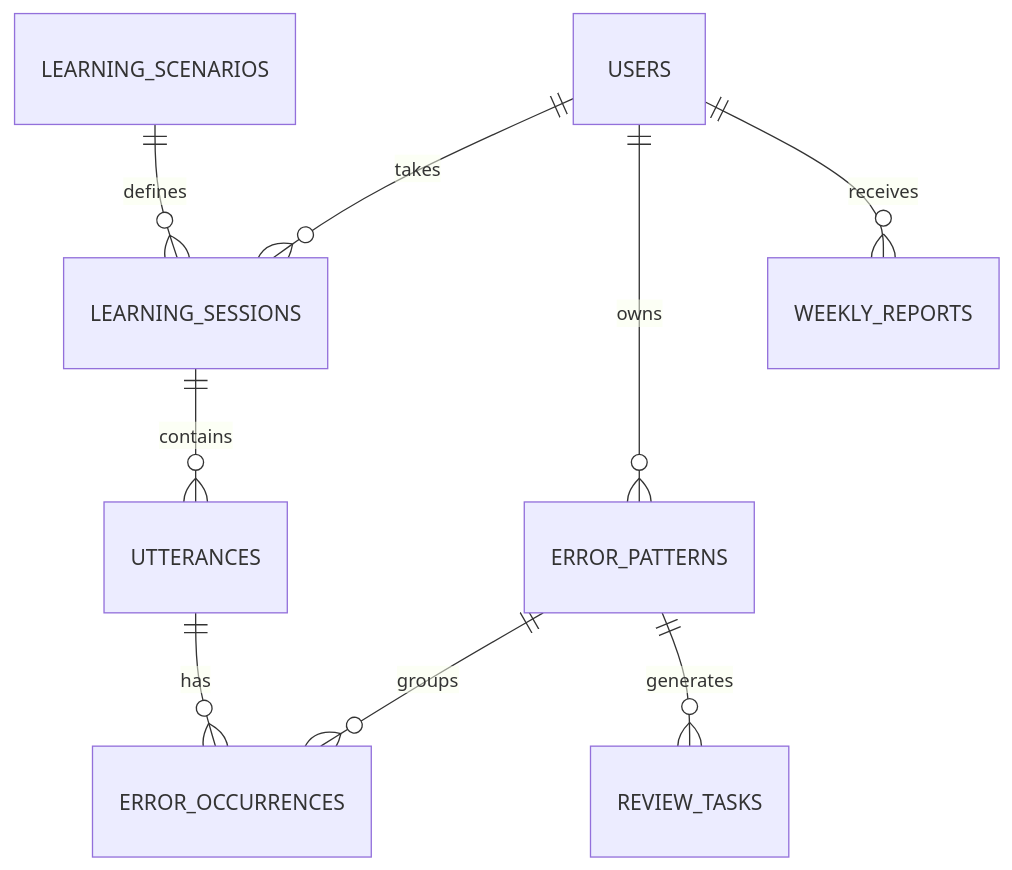
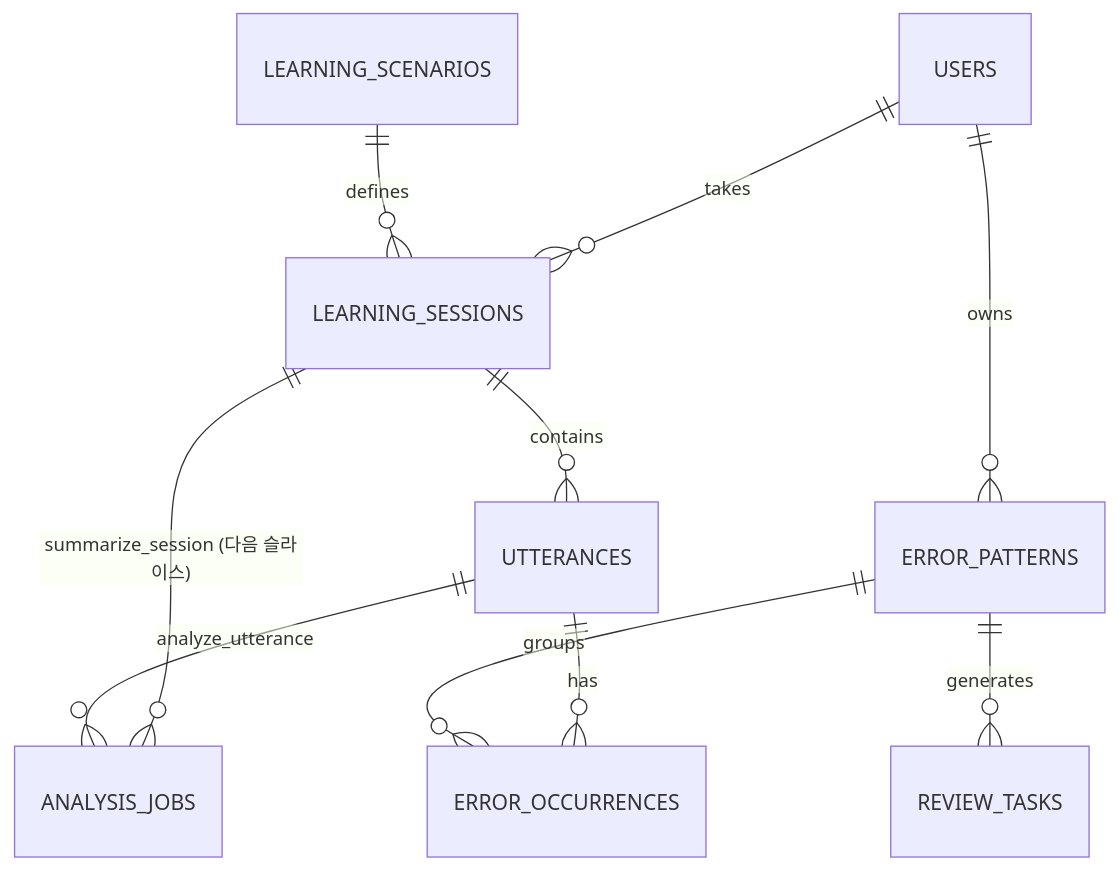
The diagram in docs/database-schema.md (redstarh/OhMyEnglish), drawn with Mermaid before and after one commit. The commit also changed other lines of this file and 3 other files, not shown here.

First line of the commit message:
feat: rewrite initial schema per approved design (001)

````diff
--- a/docs/database-schema.md
+++ b/docs/database-schema.md
@@ -5,11 +10,12 @@
 ```mermaid
 erDiagram
   USERS ||--o{ LEARNING_SESSIONS : takes
   USERS ||--o{ ERROR_PATTERNS : owns
+  LEARNING_SCENARIOS ||--o{ LEARNING_SESSIONS : defines
   LEARNING_SESSIONS ||--o{ UTTERANCES : contains
+  LEARNING_SESSIONS ||--o{ ANALYSIS_JOBS : "summarize_session (다음 슬라이스)"
   UTTERANCES ||--o{ ERROR_OCCURRENCES : has
+  UTTERANCES ||--o{ ANALYSIS_JOBS : "analyze_utterance"
   ERROR_PATTERNS ||--o{ ERROR_OCCURRENCES : groups
   ERROR_PATTERNS ||--o{ REVIEW_TASKS : generates
-  USERS ||--o{ WEEKLY_REPORTS : receives
-  LEARNING_SCENARIOS ||--o{ LEARNING_SESSIONS : defines
 ```
````
